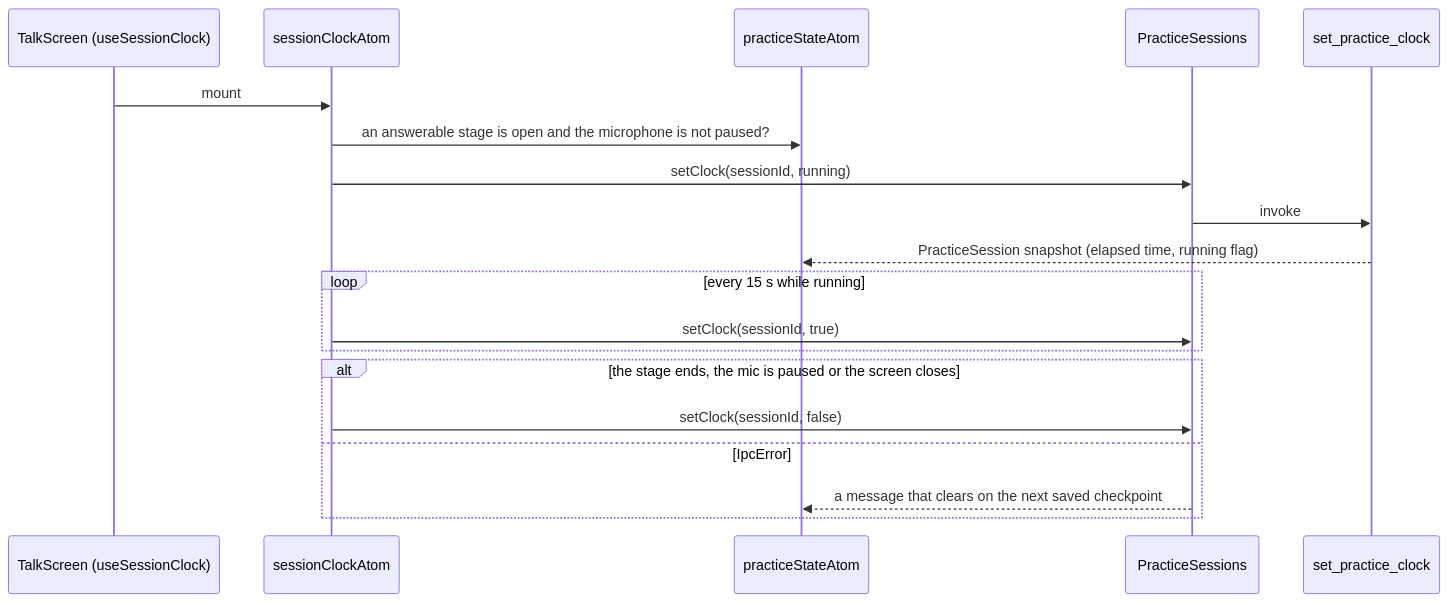
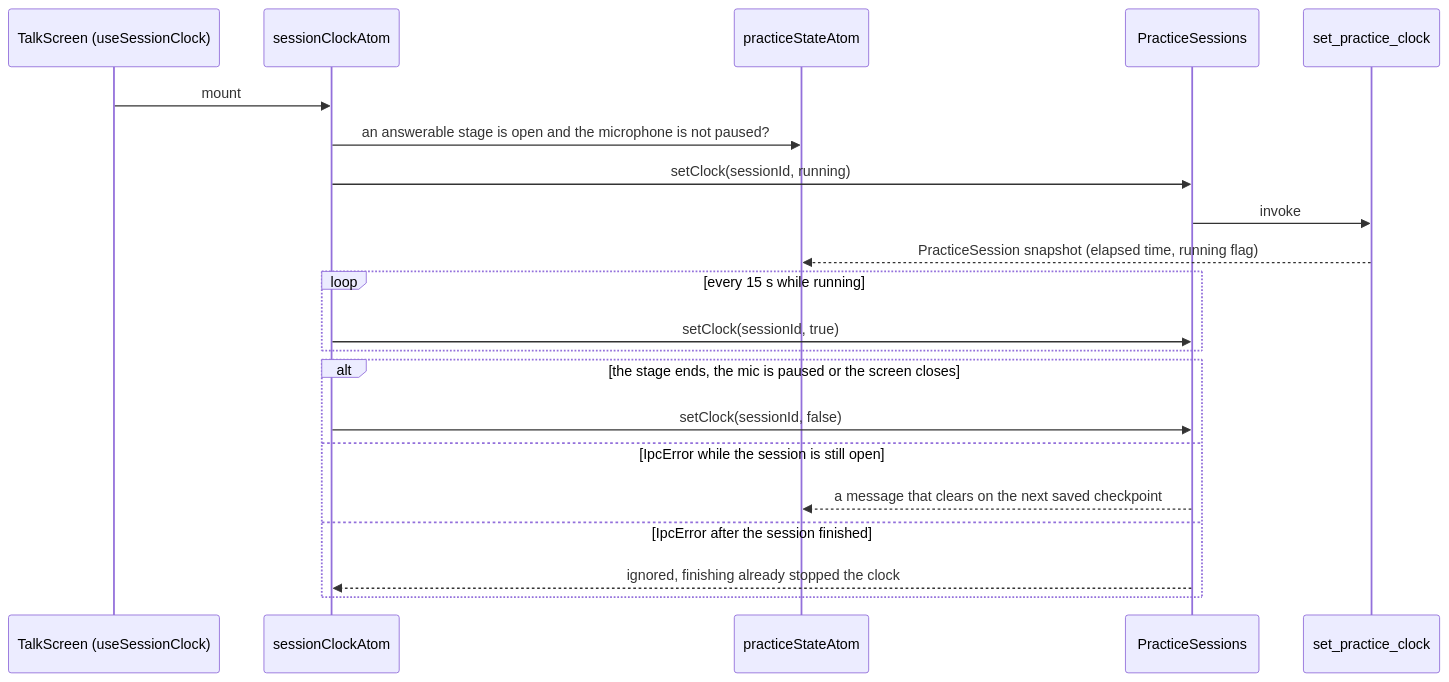
The first of 2 diagrams in src/features/talk-session/flow.md (oleksii-latyshev/english-trainer), drawn with Mermaid before and after one commit. The commit also changed 2 other files, not shown here.

Commit message:
fix(talk): finishing a session no longer leaves a session error (#149)
Closes #142

## What

- `sessionClockAtom` reports a failed clock checkpoint only while that
session is still open (`active` or `waiting` with the same id).
- Test: the final checkpoint fails after the state moved to `finishing`
→ no practice error.
- `flow.md` shows the two failure branches.

## Why

On Done the state turns `finishing`, the clock's finalizer sends
`setClock(false)`, and when `finish` has already closed the session Rust
answers `InvalidSession`. That reply ended up on the Start screen as
"This practice session is no longer active…". `finish` checkpoints the
clock itself (`conversation/service/dialogue.rs`), so nothing is lost by
ignoring it.

## Verification

- `bun test src/features/talk-session`: 24 pass; the new test fails
without the fix
- `bun run typecheck`, `biome check`
- By hand on the Mac: not yet (end a session with Done, the Start screen
shows no error)

````diff
--- a/src/features/talk-session/flow.md
+++ b/src/features/talk-session/flow.md
@@ -9,22 +9,24 @@
 ```mermaid
 sequenceDiagram
     participant Screen as TalkScreen (useSessionClock)
     participant Atom as sessionClockAtom
     participant State as practiceStateAtom
     participant Service as PracticeSessions
     participant Rust as set_practice_clock
 
     Screen->>Atom: mount
     Atom->>State: an answerable stage is open and the microphone is not paused?
     Atom->>Service: setClock(sessionId, running)
     Service->>Rust: invoke
     Rust-->>State: PracticeSession snapshot (elapsed time, running flag)
     loop every 15 s while running
         Atom->>Service: setClock(sessionId, true)
     end
     alt the stage ends, the mic is paused or the screen closes
         Atom->>Service: setClock(sessionId, false)
-    else IpcError
+    else IpcError while the session is still open
         Service-->>State: a message that clears on the next saved checkpoint
+    else IpcError after the session finished
+        Service-->>Atom: ignored, finishing already stopped the clock
     end
 ```
````
